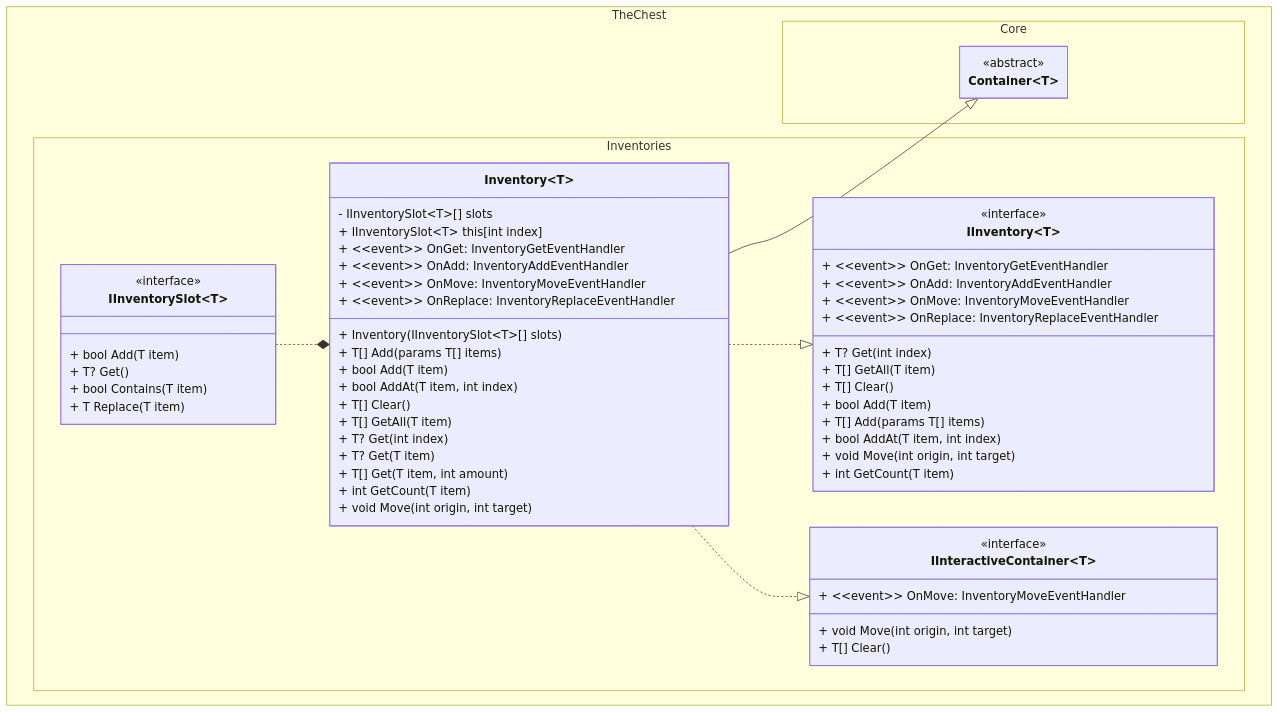
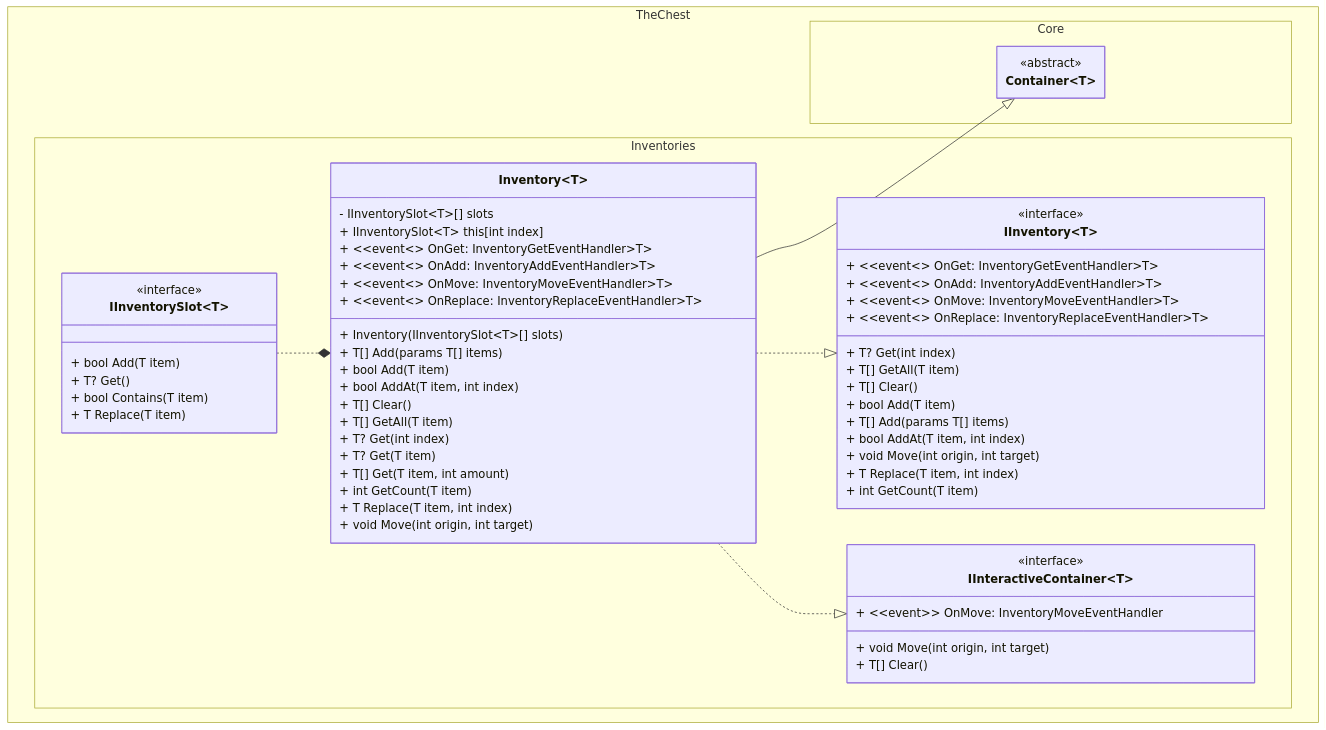
The first of 2 diagrams in docs/inventory/class_diagram.md (The-Chest/TheChest.Inventories), drawn with Mermaid before and after one commit. The commit also changed other lines of this file and 1 other file, not shown here.

Commit message:
Fixes in Inventory class_diagrams

````diff
--- a/docs/inventory/class_diagram.md
+++ b/docs/inventory/class_diagram.md
@@ -4,71 +4,73 @@
 ```mermaid
 ---
 config:
   theme: mc
   look: classic
   class:
     hideEmptyMembersBox: true
 ---
 classDiagram
 direction TB
 	namespace TheChest.Core {
         class Container~T~ {
         }
 	}
 	namespace TheChest.Inventories {
         class IInventory~T~ {
-	        + ~~event~~ OnGet: InventoryGetEventHandler 
-	        + ~~event~~ OnAdd: InventoryAddEventHandler 
-	        + ~~event~~ OnMove: InventoryMoveEventHandler 
-	        + ~~event~~ OnReplace: InventoryReplaceEventHandler 
+	        + ~~event~~ OnGet: InventoryGetEventHandler~T~ 
+	        + ~~event~~ OnAdd: InventoryAddEventHandler~T~ 
+	        + ~~event~~ OnMove: InventoryMoveEventHandler~T~ 
+	        + ~~event~~ OnReplace: InventoryReplaceEventHandler~T~ 
             + T? Get(int index)
 	        + T[] GetAll(T item)
 	        + T[] Clear()
 	        + bool Add(T item)
 	        + T[] Add(params T[] items)
 	        + bool AddAt(T item, int index)
 	        + void Move(int origin, int target)
+	        + T Replace(T item, int index)
 	        + int GetCount(T item)
         }
         class IInventorySlot~T~ {
 	        + bool Add(T item)
 	        + T? Get()
 	        + bool Contains(T item)
 	        + T Replace(T item)
         }
         class Inventory~T~ {
 	        - IInventorySlot~T~[] slots
 	        + IInventorySlot~T~ this[int index]
-	        + ~~event~~ OnGet: InventoryGetEventHandler 
-	        + ~~event~~ OnAdd: InventoryAddEventHandler 
-	        + ~~event~~ OnMove: InventoryMoveEventHandler 
-	        + ~~event~~ OnReplace: InventoryReplaceEventHandler 
+	        + ~~event~~ OnGet: InventoryGetEventHandler~T~ 
+	        + ~~event~~ OnAdd: InventoryAddEventHandler~T~ 
+	        + ~~event~~ OnMove: InventoryMoveEventHandler~T~ 
+	        + ~~event~~ OnReplace: InventoryReplaceEventHandler~T~ 
 	        + Inventory(IInventorySlot~T~[] slots)
             + T[] Add(params T[] items)
 	        + bool Add(T item)
 	        + bool AddAt(T item, int index)
 	        + T[] Clear()
 	        + T[] GetAll(T item)
 	        + T? Get(int index)
 	        + T? Get(T item)
 	        + T[] Get(T item, int amount)
 	        + int GetCount(T item)
+	        + T Replace(T item, int index)
 	        + void Move(int origin, int target)
         }
         class IInteractiveContainer~T~{
 	        + ~~event~~ OnMove: InventoryMoveEventHandler 
             + void Move(int origin, int target)
             + T[] Clear()
         } 
 	}
 
 	<<abstract>> Container
 	<<interface>> IInventory
 	<<interface>> IInventorySlot
 	<<interface>> IInteractiveContainer
 
     Inventory --|> Container
     Inventory ..|> IInventory
     Inventory ..|> IInteractiveContainer
     IInventorySlot ..* Inventory
 ```
````
